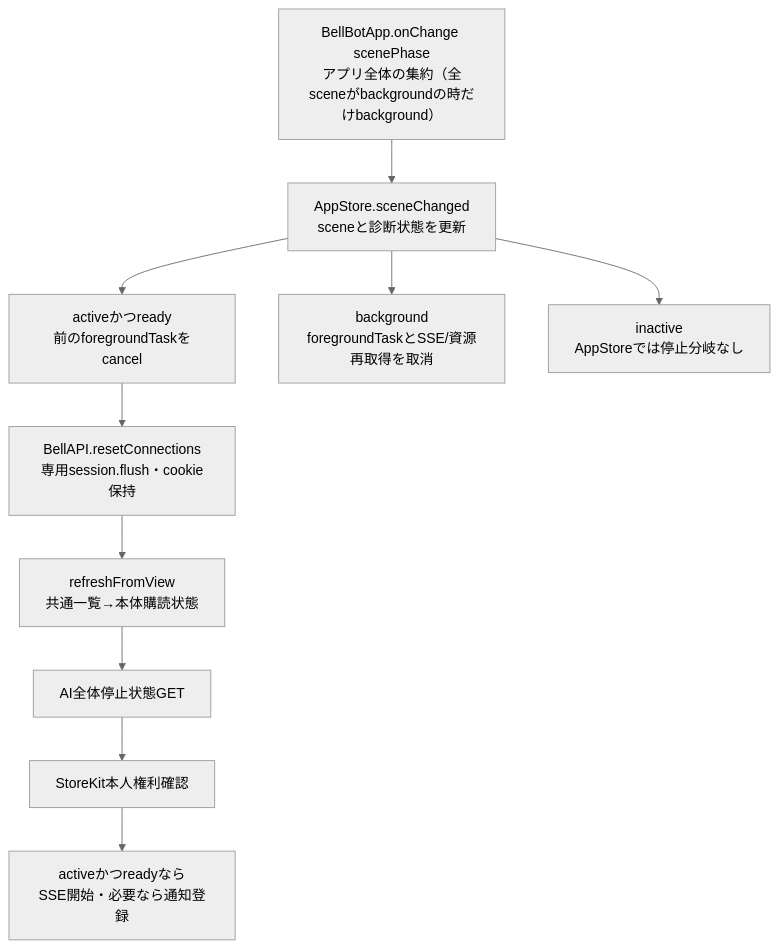
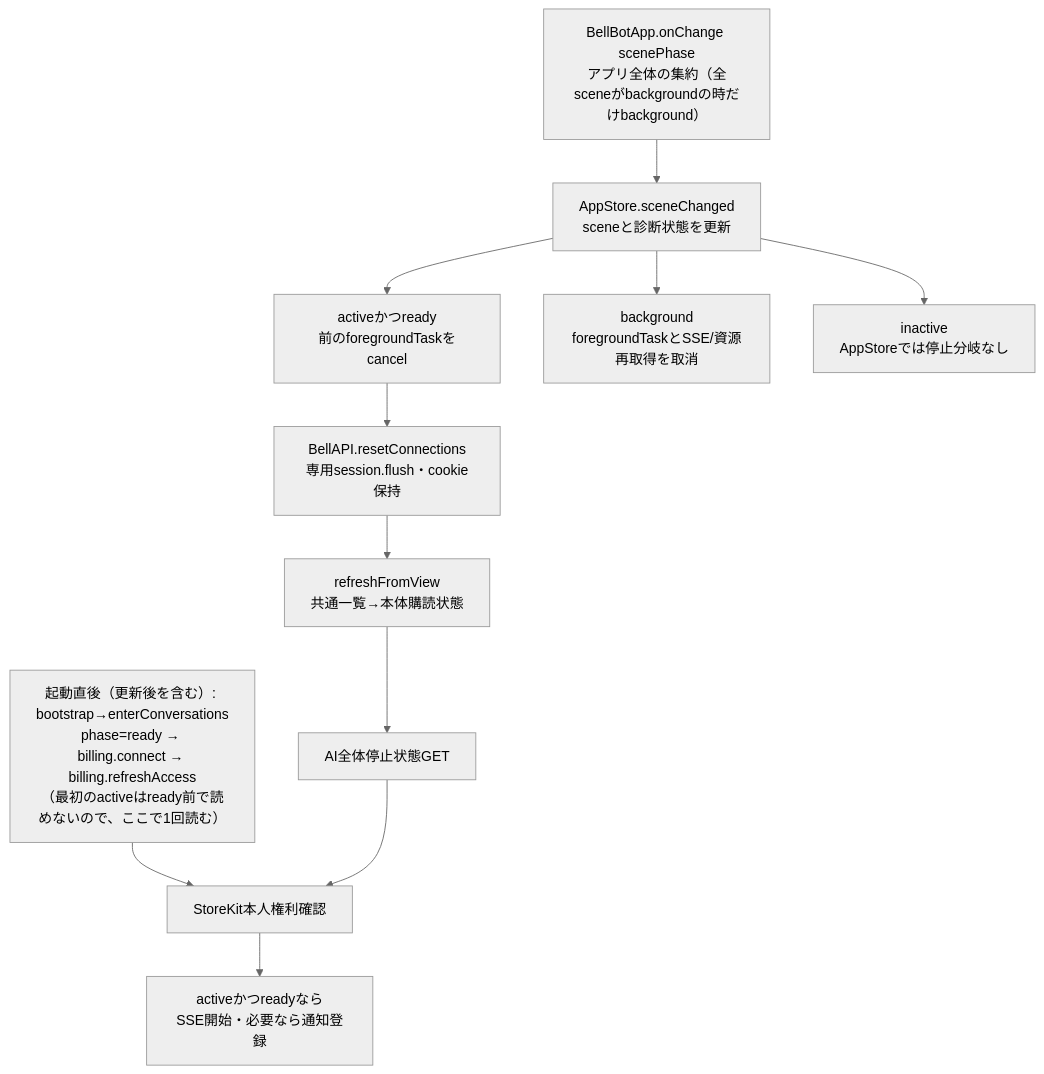
The first of 4 diagrams in docs/architecture/modules/apple/lifecycle-and-platform.md (kitepon/BellTeam), drawn with Mermaid (neutral theme) before and after one commit. The commit also changed other lines of this file and 3 other files, not shown here.

First line of the commit message:
Apple: read the device's own purchase when the app becomes ready and on Store updates, with a billing log (apple-restore-after-update)

````diff
--- a/docs/architecture/modules/apple/lifecycle-and-platform.md
+++ b/docs/architecture/modules/apple/lifecycle-and-platform.md
@@ -9,12 +9,13 @@
 ```mermaid
 flowchart TD
+  Cold["起動直後（更新後を含む）: bootstrap→enterConversations<br/>phase=ready → billing.connect → billing.refreshAccess<br/>（最初のactiveはready前で読めないので、ここで1回読む）"] --> Apple
   Root["BellBotApp.onChange scenePhase<br/>アプリ全体の集約（全sceneがbackgroundの時だけbackground）"] --> Scene["AppStore.sceneChanged<br/>sceneと診断状態を更新"]
   Scene --> Active["activeかつready<br/>前のforegroundTaskをcancel"]
   Active --> Flush["BellAPI.resetConnections<br/>専用session.flush・cookie保持"]
   Flush --> Refresh["refreshFromView<br/>共通一覧→本体購読状態"]
   Refresh --> Control["AI全体停止状態GET"]
   Control --> Apple["StoreKit本人権利確認"]
   Apple --> Start["activeかつreadyなら<br/>SSE開始・必要なら通知登録"]
   Scene --> Background["background<br/>foregroundTaskとSSE/資源再取得を取消"]
   Scene --> Inactive["inactive<br/>AppStoreでは停止分岐なし"]
 ```
````
